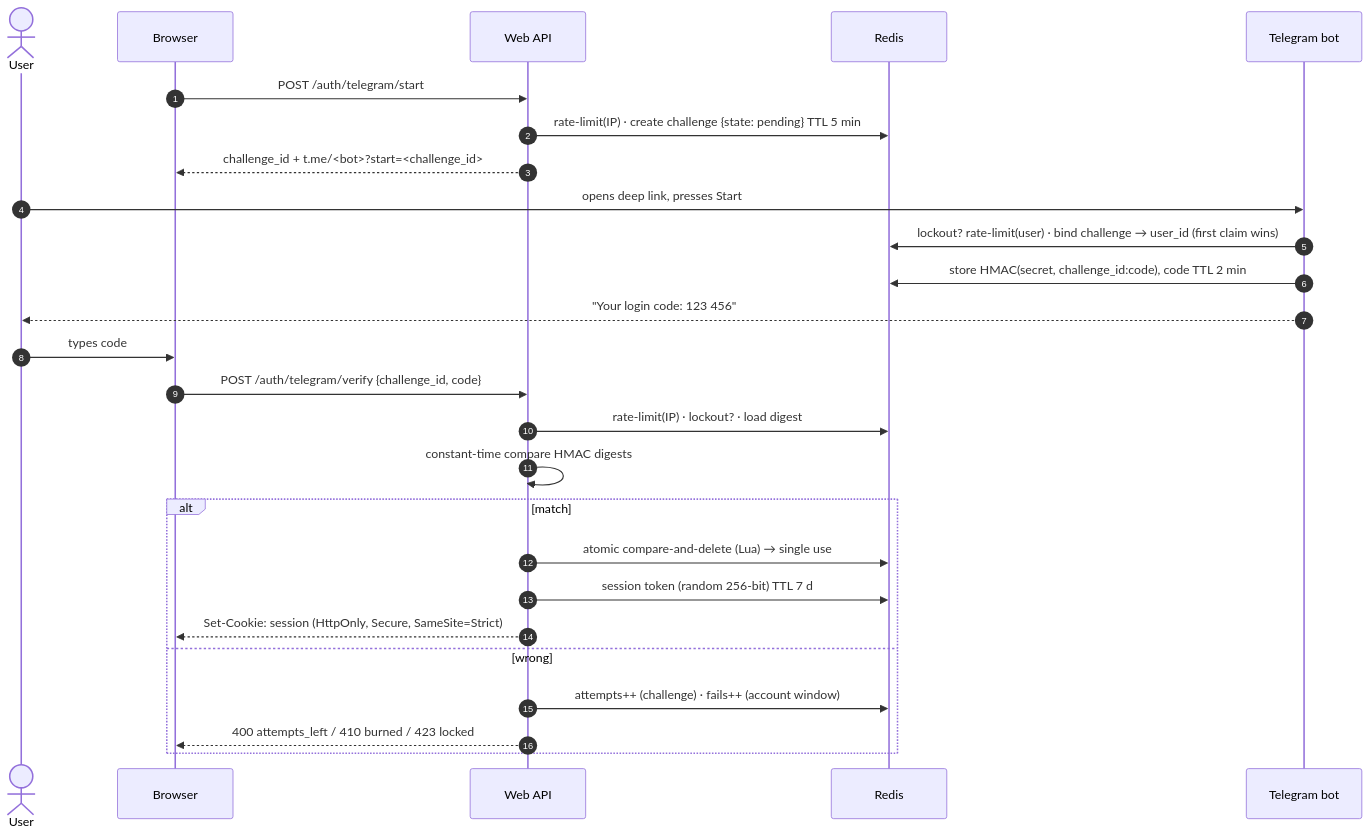
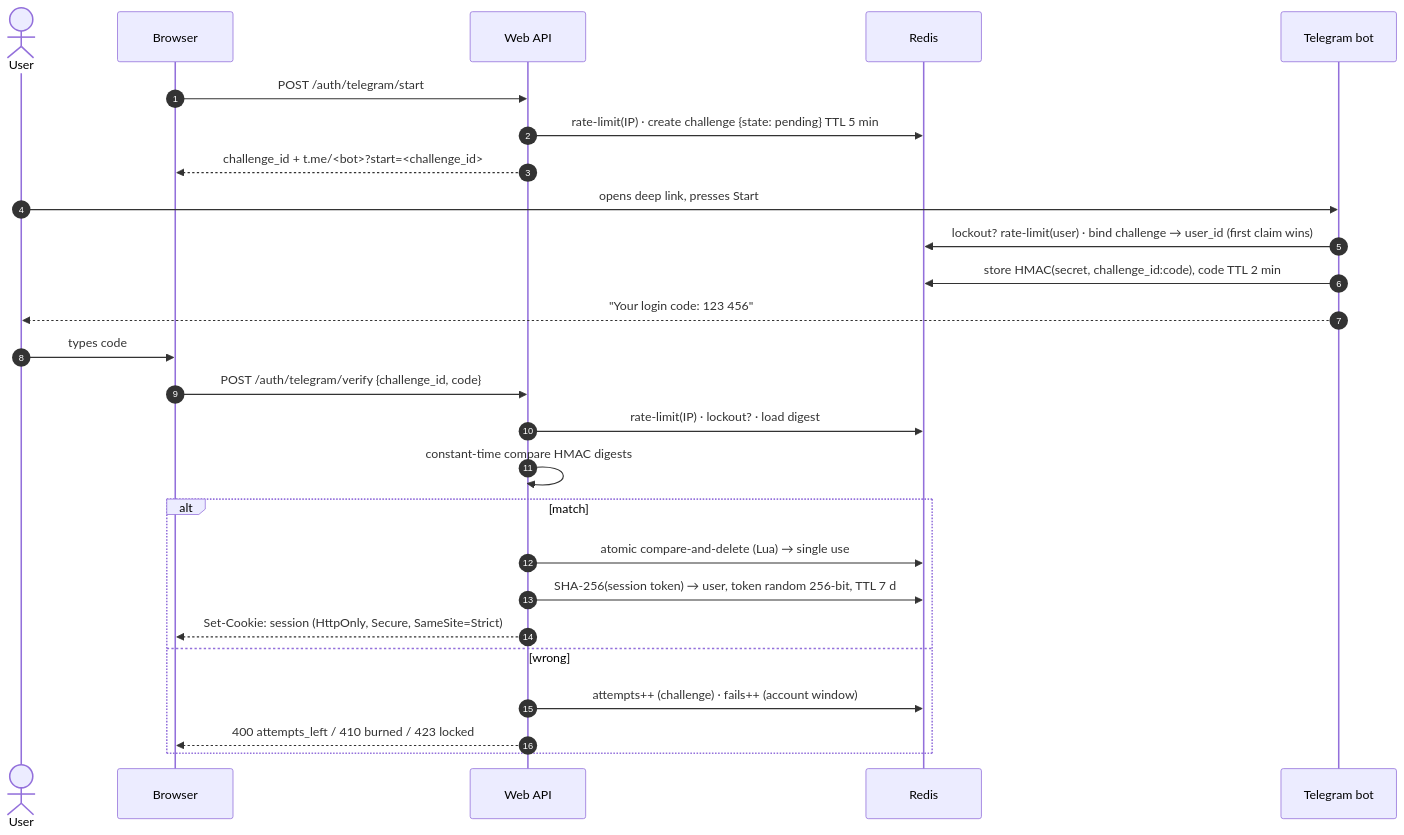
Before and after one commit to HOFFMAN-ALTERNATIVE/telegram-otp-auth: the diagram in docs/threat-model.md, drawn with Mermaid. The commit also changed 5 other files, not shown here.

Commit message:
fix(session): store only the SHA-256 of session tokens in Redis (#4)

````diff
--- a/docs/threat-model.md
+++ b/docs/threat-model.md
@@ -9,28 +9,28 @@
 ```mermaid
 sequenceDiagram
   autonumber
   actor U as User
   participant B as Browser
   participant W as Web API
   participant R as Redis
   participant T as Telegram bot
   B->>W: POST /auth/telegram/start
   W->>R: rate-limit(IP) · create challenge {state: pending} TTL 5 min
   W-->>B: challenge_id + t.me/<bot>?start=<challenge_id>
   U->>T: opens deep link, presses Start
   T->>R: lockout? rate-limit(user) · bind challenge → user_id (first claim wins)
   T->>R: store HMAC(secret, challenge_id:code), code TTL 2 min
   T-->>U: "Your login code: 123 456"
   U->>B: types code
   B->>W: POST /auth/telegram/verify {challenge_id, code}
   W->>R: rate-limit(IP) · lockout? · load digest
   W->>W: constant-time compare HMAC digests
   alt match
     W->>R: atomic compare-and-delete (Lua) → single use
-    W->>R: session token (random 256-bit) TTL 7 d
+    W->>R: SHA-256(session token) → user, token random 256-bit, TTL 7 d
     W-->>B: Set-Cookie: session (HttpOnly, Secure, SameSite=Strict)
   else wrong
     W->>R: attempts++ (challenge) · fails++ (account window)
     W-->>B: 400 attempts_left / 410 burned / 423 locked
   end
 ```
````
